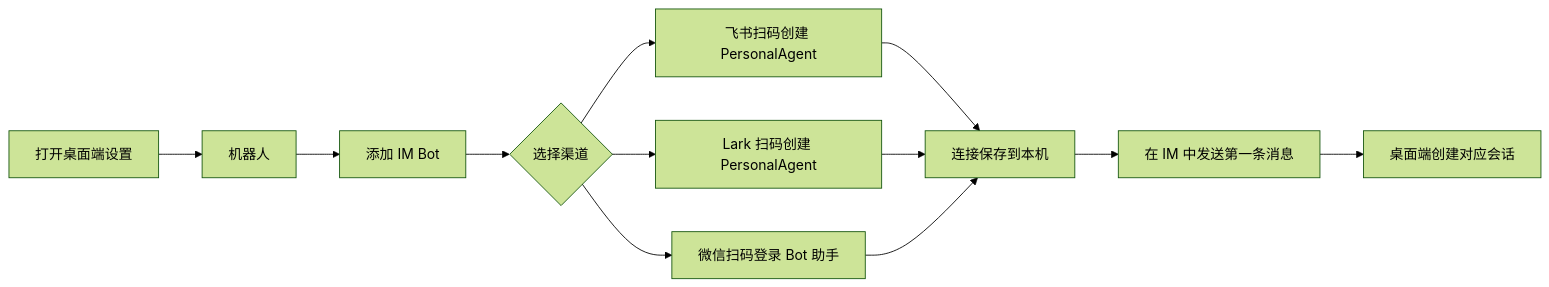
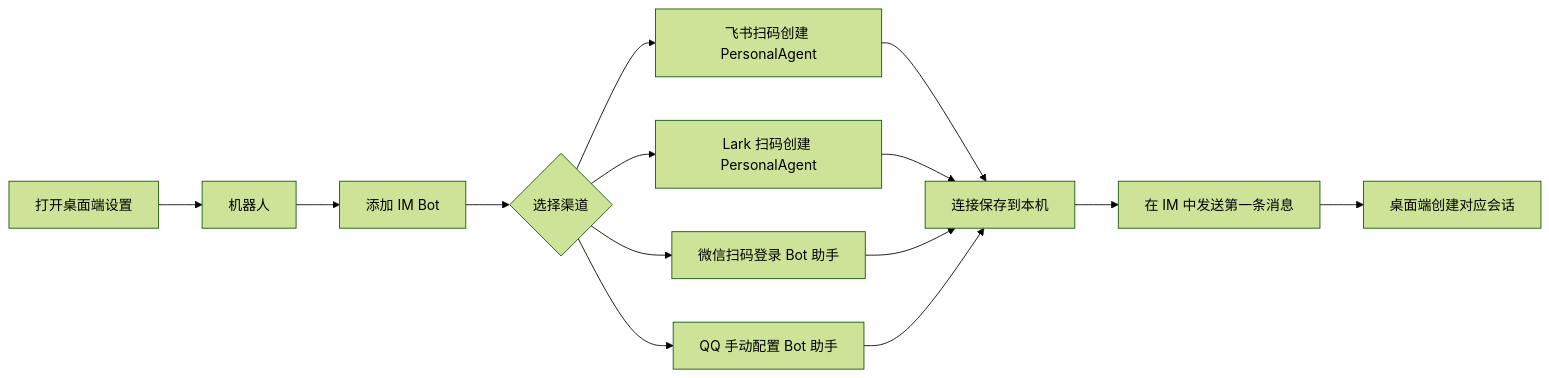
Before and after one commit to sekkit/maddog: the first of 3 diagrams in DeepSeek-Reasonix/docs/BOT_GUIDE.zh-CN.md, drawn with Mermaid (forest theme). The commit also changed other lines of this file and 653 other files, not shown here.

````diff
--- a/DeepSeek-Reasonix/docs/BOT_GUIDE.zh-CN.md
+++ b/DeepSeek-Reasonix/docs/BOT_GUIDE.zh-CN.md
@@ -42,14 +42,16 @@
 ```mermaid
 flowchart LR
   A["打开桌面端设置"] --> B["机器人"]
   B --> C["添加 IM Bot"]
   C --> D{"选择渠道"}
   D --> E["飞书扫码创建 PersonalAgent"]
   D --> F["Lark 扫码创建 PersonalAgent"]
   D --> G["微信扫码登录 Bot 助手"]
-  E --> H["连接保存到本机"]
-  F --> H
-  G --> H
-  H --> I["在 IM 中发送第一条消息"]
-  I --> J["桌面端创建对应会话"]
+  D --> H["QQ 手动配置 Bot 助手"]
+  E --> I["连接保存到本机"]
+  F --> I
+  G --> I
+  H --> I
+  I --> J["在 IM 中发送第一条消息"]
+  J --> K["桌面端创建对应会话"]
 ```
````
